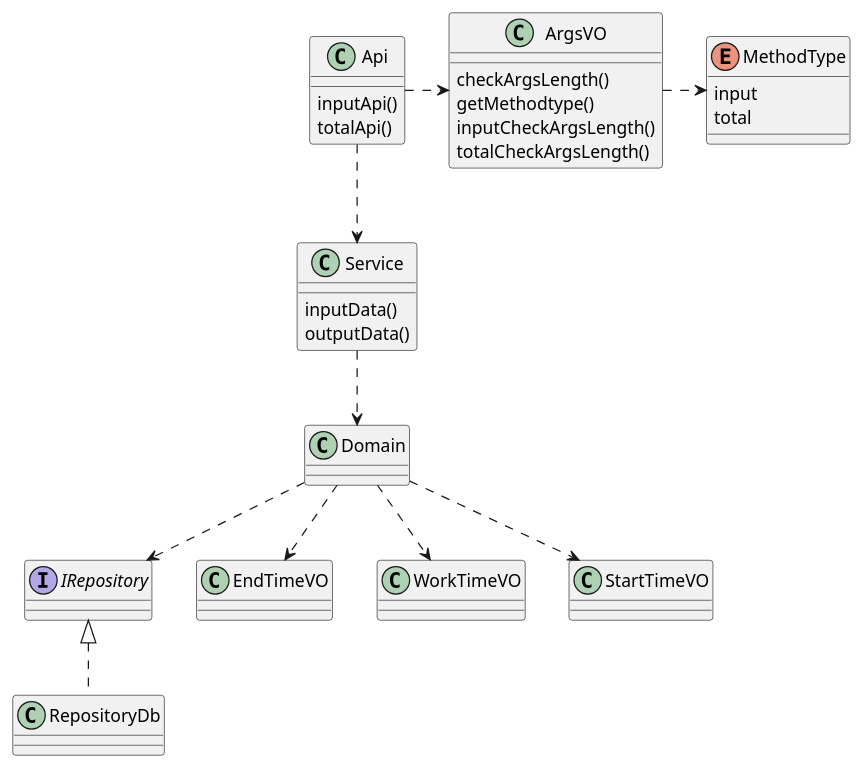
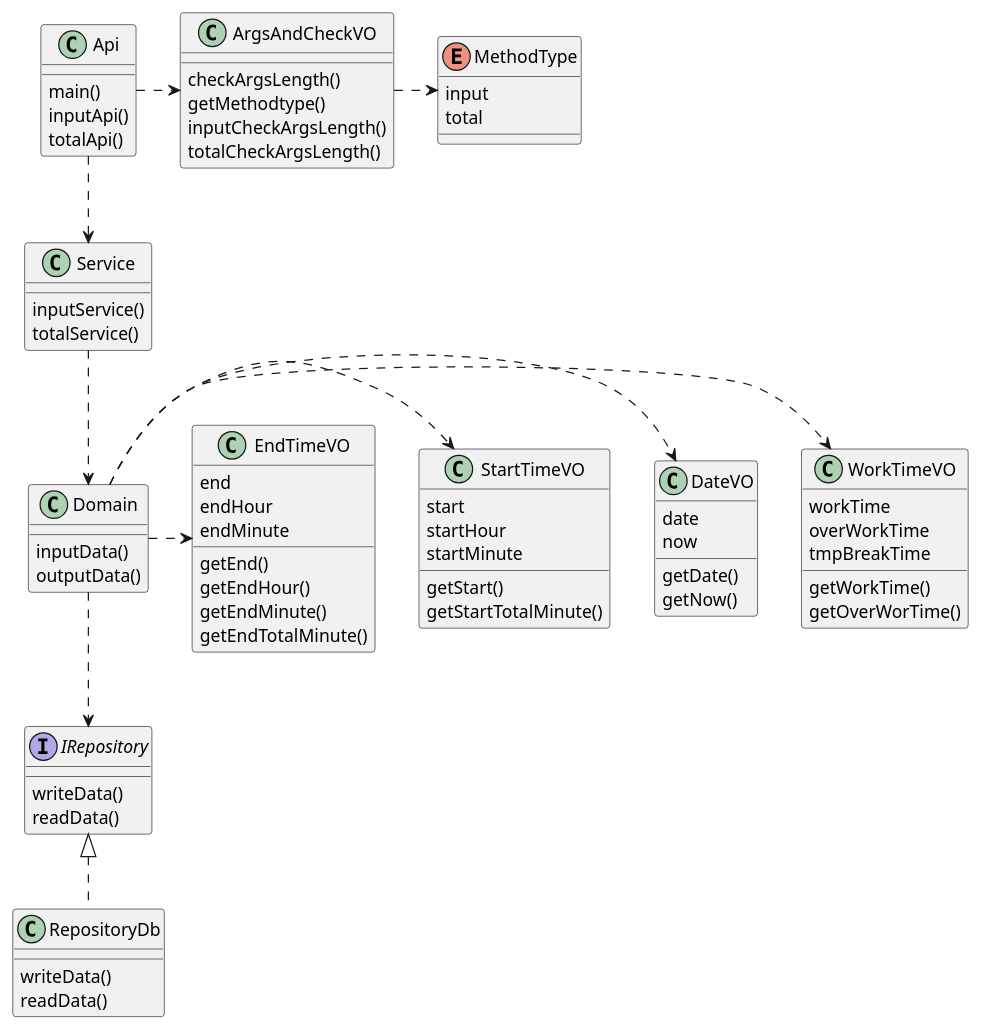
The diagram in kintai.pu (biglobe-isp/kintai), drawn with PlantUML before and after one commit. The commit also changed 1 other file, not shown here.

Commit message:
クラス図kintai.puにプロパティとメソッドを記述

```diff
--- a/kintai.pu
+++ b/kintai.pu
@@ -1,58 +1,92 @@
 @startuml
 'コメントアウト
 
 class Api {
+  main()
   inputApi()
   totalApi()
 }
 
 
 class  Service {
+  inputService()
+  totalService()
+}
+
+class Domain {
   inputData()
   outputData()
 }
 
-class Domain {
-
-}
-
 interface IRepository {
-
+  writeData()
+  readData()
 }
 
 
 class RepositoryDb implements IRepository {
-
+  writeData()
+  readData()
 } 
 
-class ArgsVO {
+class ArgsAndCheckVO {
   checkArgsLength()
   getMethodtype()
   inputCheckArgsLength()
   totalCheckArgsLength()
 }
 
 enum MethodType {
   input
   total
 }
 
+class DateVO {
+  date
+  now
+  getDate()
+  getNow()
+}
+
+class StartTimeVO {
+  start
+  startHour
+  startMinute
+  getStart()
+  getStartTotalMinute()
+}
 
 
 class EndTimeVO {
+  end
+  endHour
+  endMinute
+  getEnd()
+  getEndHour()
+  getEndMinute()
+  getEndTotalMinute()
+}
 
+class WorkTimeVO {
+  workTime
+  overWorkTime
+  tmpBreakTime
+  getWorkTime()
+  getOverWorTime()
 }
 
 
 
 Api .down.> Service
-Service ..> Domain
-Domain ..> IRepository
-Api .right.> ArgsVO
-ArgsVO .right.> MethodType
-Domain ..> WorkTimeVO
-Domain ..> StartTimeVO
-Domain ..> EndTimeVO
+Service .down.> Domain
+Domain .down.> IRepository
+
+Api .right.> ArgsAndCheckVO
+ArgsAndCheckVO .right.> MethodType
+Domain .right.> WorkTimeVO
+Domain .right.> DateVO
+Domain .right.> StartTimeVO
+Domain .right.> EndTimeVO
 
 
 @enduml
```
